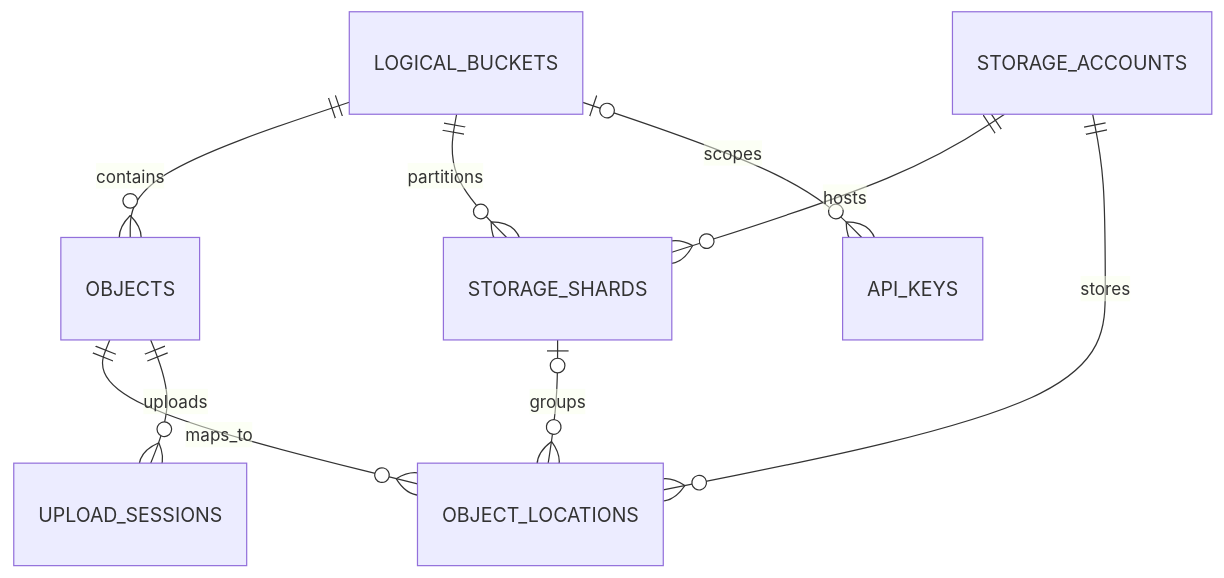
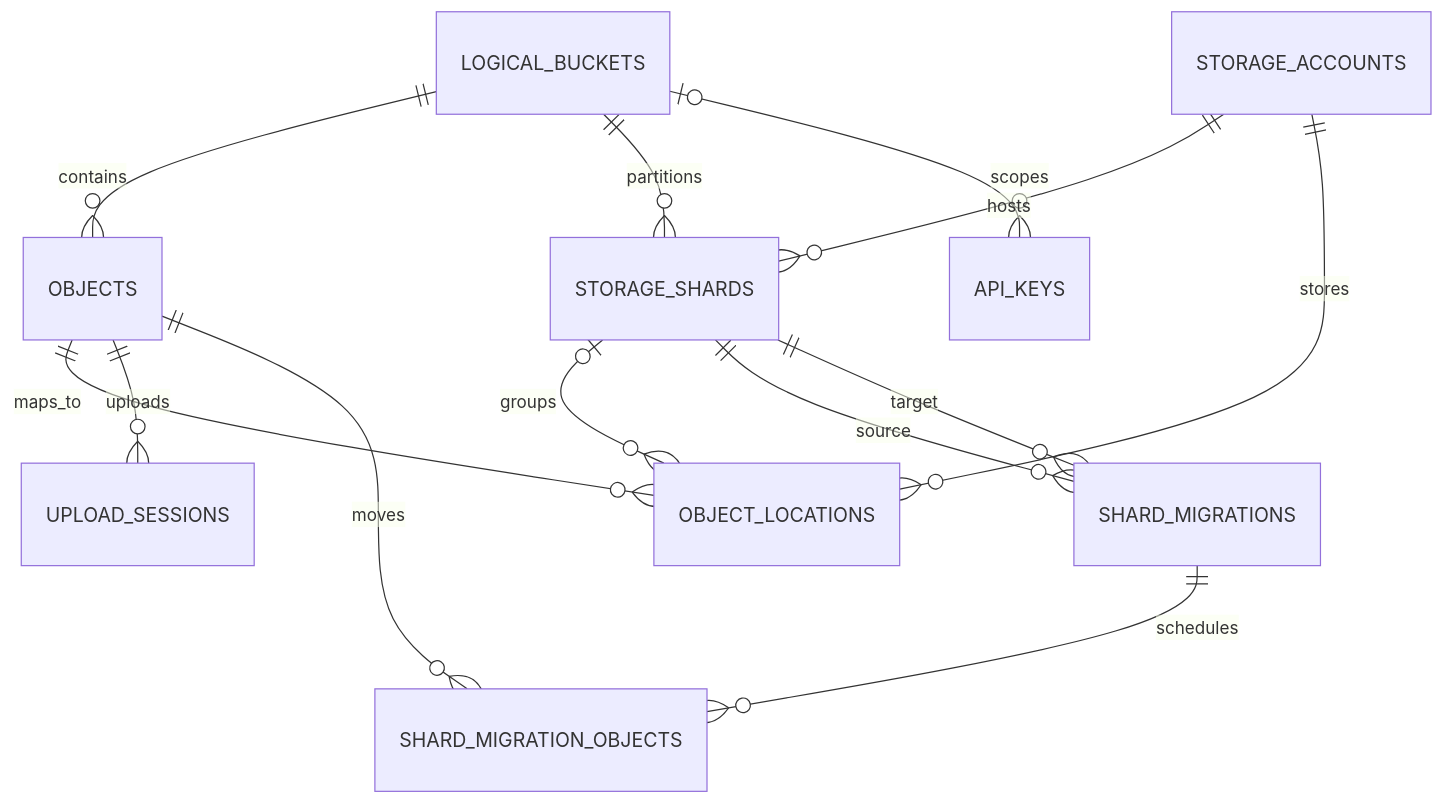
The diagram in docs/architecture/data-model.md (alwynou/openpool), drawn with Mermaid before and after one commit. The commit also changed other lines of this file and 54 other files, not shown here.

Commit message:
feat: add recoverable shard migration

````diff
--- a/docs/architecture/data-model.md
+++ b/docs/architecture/data-model.md
@@ -8,11 +8,15 @@
 ```mermaid
 erDiagram
   LOGICAL_BUCKETS ||--o{ OBJECTS : contains
   LOGICAL_BUCKETS ||--o{ STORAGE_SHARDS : partitions
   STORAGE_ACCOUNTS ||--o{ STORAGE_SHARDS : hosts
   OBJECTS ||--o{ OBJECT_LOCATIONS : maps_to
   STORAGE_ACCOUNTS ||--o{ OBJECT_LOCATIONS : stores
   STORAGE_SHARDS o|--o{ OBJECT_LOCATIONS : groups
   OBJECTS ||--o{ UPLOAD_SESSIONS : uploads
+  STORAGE_SHARDS ||--o{ SHARD_MIGRATIONS : source
+  STORAGE_SHARDS ||--o{ SHARD_MIGRATIONS : target
+  SHARD_MIGRATIONS ||--o{ SHARD_MIGRATION_OBJECTS : schedules
+  OBJECTS ||--o{ SHARD_MIGRATION_OBJECTS : moves
   LOGICAL_BUCKETS o|--o{ API_KEYS : scopes
 ```
````
